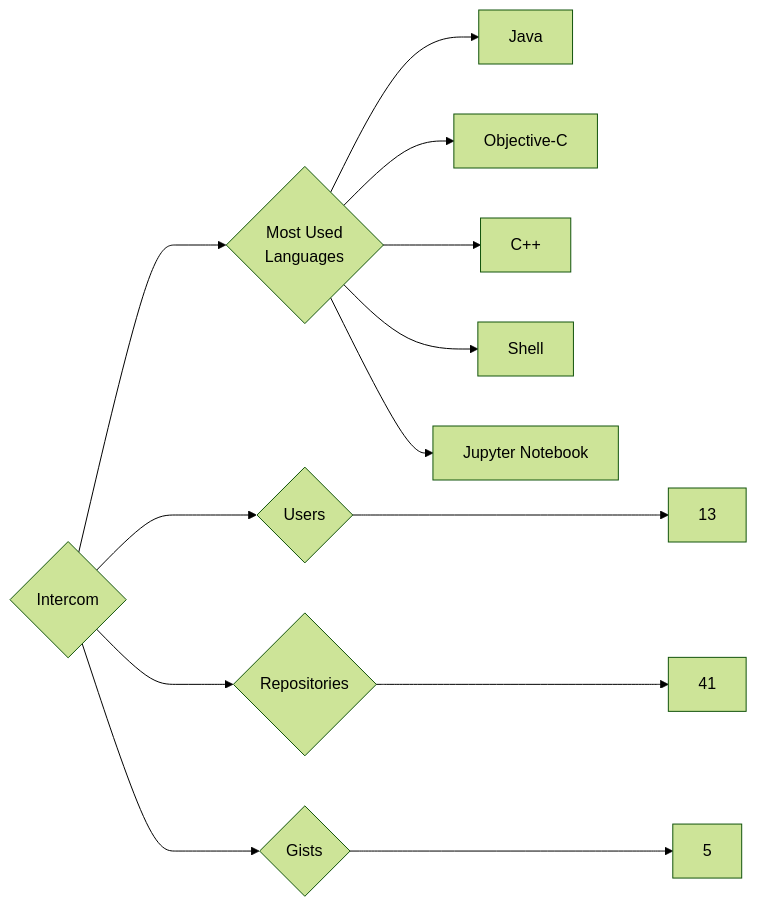
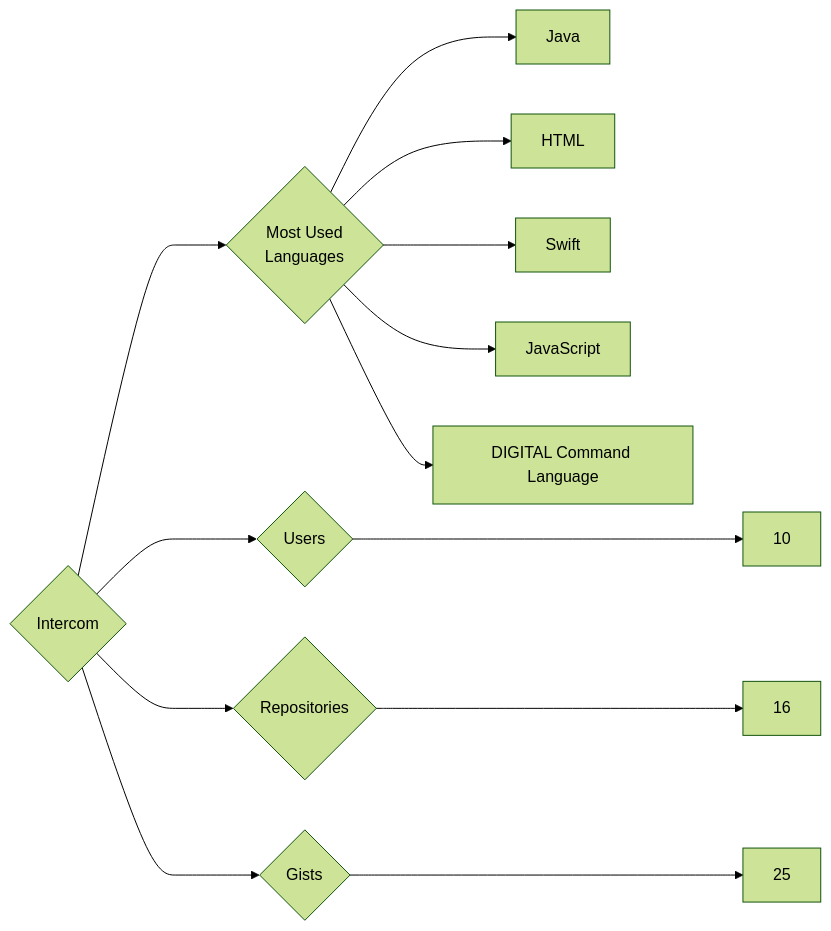
One commit to trickest/insiders changed the diagram in targets/Intercom/README.md. Above: the diagram before and after it, drawn with Mermaid (forest theme). The commit also changed 783 other files, not shown here.

````diff
--- a/targets/Intercom/README.md
+++ b/targets/Intercom/README.md
@@ -3,13 +3,13 @@
 ```mermaid
 graph LR
 COMPANY_NAME{Intercom}
-COMPANY_NAME ---> U{Users} ---> UN[13]
-COMPANY_NAME ---> R{Repositories} ---> RN[41]
-COMPANY_NAME ---> G{Gists} ---> GN[5]
+COMPANY_NAME ---> U{Users} ---> UN[10]
+COMPANY_NAME ---> R{Repositories} ---> RN[16]
+COMPANY_NAME ---> G{Gists} ---> GN[25]
 COMPANY_NAME ---> ML{Most Used<br>Languages}
 ML --> Java[Java]
-ML --> Objective-C[Objective-C]
-ML --> C++[C++]
-ML --> Shell[Shell]
-ML --> Jupyter_Notebook[Jupyter Notebook]
+ML --> HTML[HTML]
+ML --> Swift[Swift]
+ML --> JavaScript[JavaScript]
+ML --> DIGITAL_Command_Language[DIGITAL Command Language]
 ```
````
